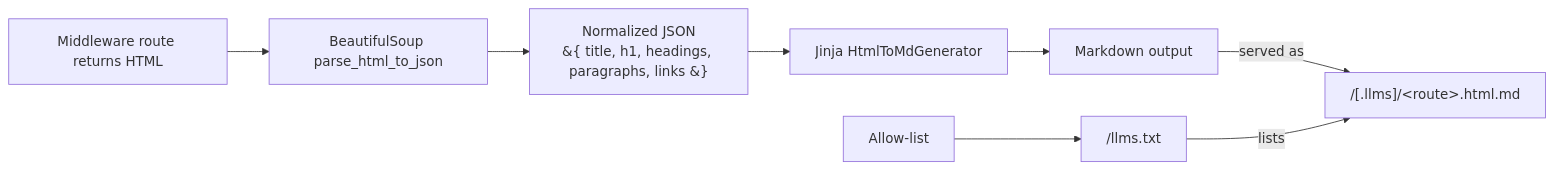
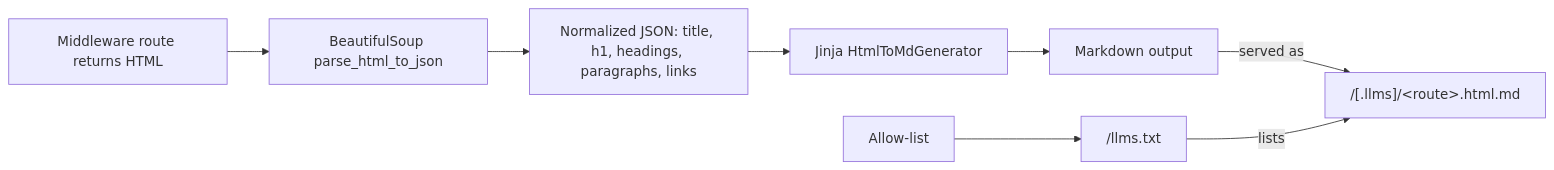
The diagram in README.md (richardesp/open-llms-txt), drawn with Mermaid before and after one commit. The commit also changed other lines of this file, not shown here.

````diff
--- a/README.md
+++ b/README.md
@@ -98,10 +98,10 @@
 ```mermaid
 flowchart LR
   A[Middleware route returns HTML] --> B[BeautifulSoup parse_html_to_json]
-  B --> C["Normalized JSON<br/>&#123; title, h1, headings, paragraphs, links &#125;"]
+  B --> C["Normalized JSON: title, h1, headings, paragraphs, links"]
   C --> D[Jinja HtmlToMdGenerator]
   D --> E[Markdown output]
   E -->|served as| F["/[.llms]/&lt;route&gt;.html.md"]
   G[Allow-list] --> H["/llms.txt"]
   H -->|lists| F
 ```
````
